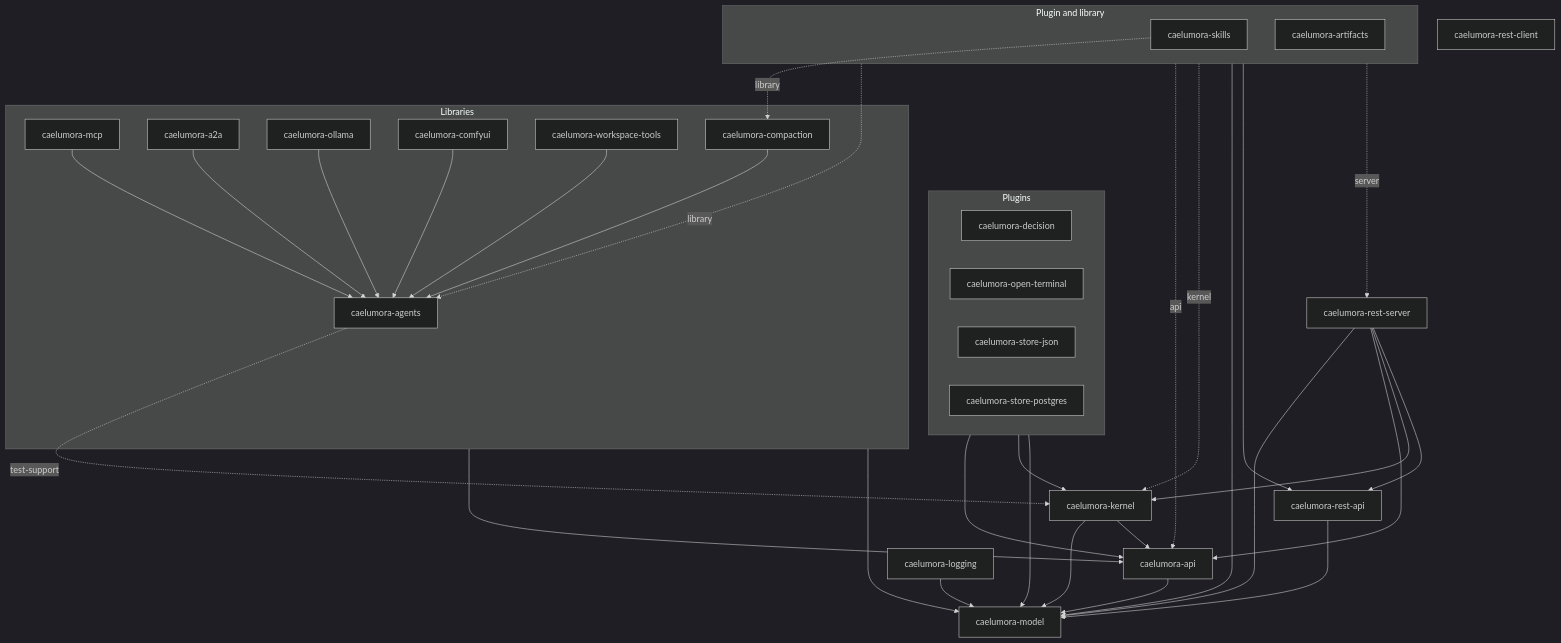
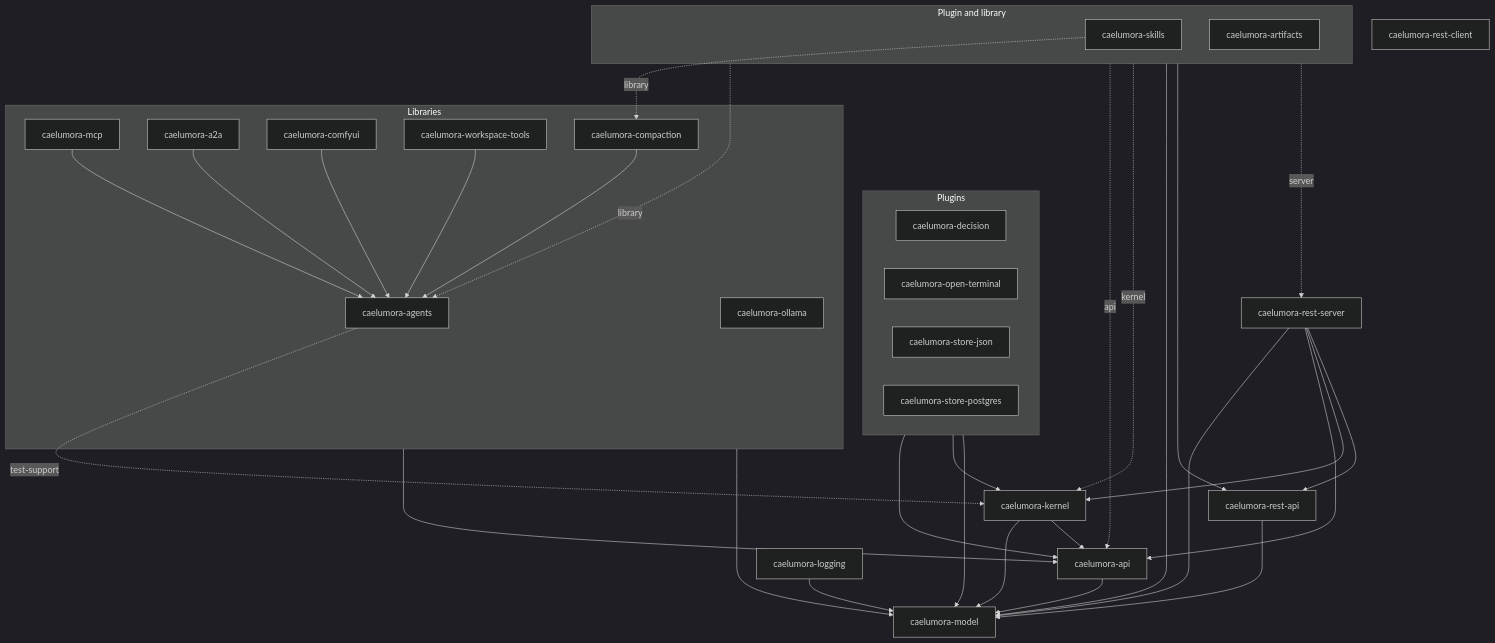
Before and after one commit to dimajix/caelumora: the diagram in docs/CRATES.md, drawn with Mermaid (dark theme). The commit also changed 40 other files, not shown here.

````diff
--- a/docs/CRATES.md
+++ b/docs/CRATES.md
@@ -16,51 +16,51 @@
 ```mermaid
 flowchart TD
     subgraph both["Plugin and library"]
         skills["caelumora-skills"]
         artifacts["caelumora-artifacts"]
     end
 
     subgraph plugins["Plugins"]
         decision["caelumora-decision"]
         open_terminal["caelumora-open-terminal"]
         store_json["caelumora-store-json"]
         store_postgres["caelumora-store-postgres"]
     end
 
     subgraph libraries["Libraries"]
         agents["caelumora-agents"]
         mcp["caelumora-mcp"]
         a2a["caelumora-a2a"]
         ollama["caelumora-ollama"]
         comfyui["caelumora-comfyui"]
         workspace_tools["caelumora-workspace-tools"]
         compaction["caelumora-compaction"]
     end
 
     api["caelumora-api"]
     kernel["caelumora-kernel"]
     logging["caelumora-logging"]
     model["caelumora-model"]
     rest_api["caelumora-rest-api"]
     rest_client["caelumora-rest-client"]
     rest_server["caelumora-rest-server"]
 
     both -. "library" .-> agents
     both -. "api" .-> api
     skills -. "library" .-> compaction
     both -. "kernel" .-> kernel
     both --> model
     both --> rest_api
     both -. "server" .-> rest_server
     plugins --> api
     plugins --> kernel
     plugins --> model
-    a2a & comfyui & compaction & mcp & ollama & workspace_tools --> agents
+    a2a & comfyui & compaction & mcp & workspace_tools --> agents
     libraries --> api
     agents -. "test-support" .-> kernel
     libraries --> model
     api & kernel & logging & rest_api & rest_server --> model
     kernel & rest_server --> api
     rest_server --> kernel
     rest_server --> rest_api
 ```
````
